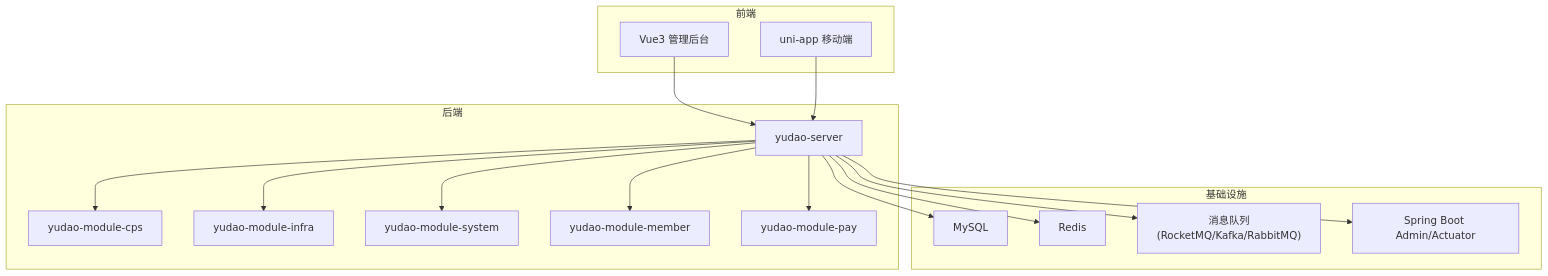
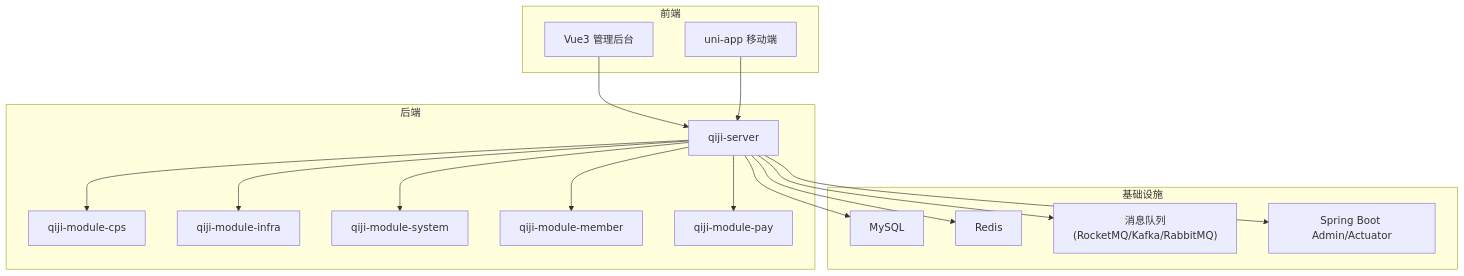
The second of 6 diagrams in backend/.qoder/repowiki/zh/content/快速开始.md (zhuangpengLI/AgenticCPS), drawn with Mermaid before and after one commit. The commit also changed other lines of this file and 3489 other files, not shown here.

````diff
--- a/backend/.qoder/repowiki/zh/content/快速开始.md
+++ b/backend/.qoder/repowiki/zh/content/快速开始.md
@@ -70,32 +70,32 @@
 ```mermaid
 graph TB
 subgraph "前端"
 FE_Admin["Vue3 管理后台"]
 FE_Mobile["uni-app 移动端"]
 end
 subgraph "后端"
-Server["yudao-server"]
-CPS["yudao-module-cps"]
-Infra["yudao-module-infra"]
-Sys["yudao-module-system"]
-Member["yudao-module-member"]
-Pay["yudao-module-pay"]
+Server["qiji-server"]
+CPS["qiji-module-cps"]
+Infra["qiji-module-infra"]
+Sys["qiji-module-system"]
+Member["qiji-module-member"]
+Pay["qiji-module-pay"]
 end
 subgraph "基础设施"
 DB["MySQL"]
 Cache["Redis"]
 MQ["消息队列(RocketMQ/Kafka/RabbitMQ)"]
 Monitor["Spring Boot Admin/Actuator"]
 end
 FE_Admin --> Server
 FE_Mobile --> Server
 Server --> CPS
 Server --> Infra
 Server --> Sys
 Server --> Member
 Server --> Pay
 Server --> DB
 Server --> Cache
 Server --> MQ
 Server --> Monitor
 ```
````
